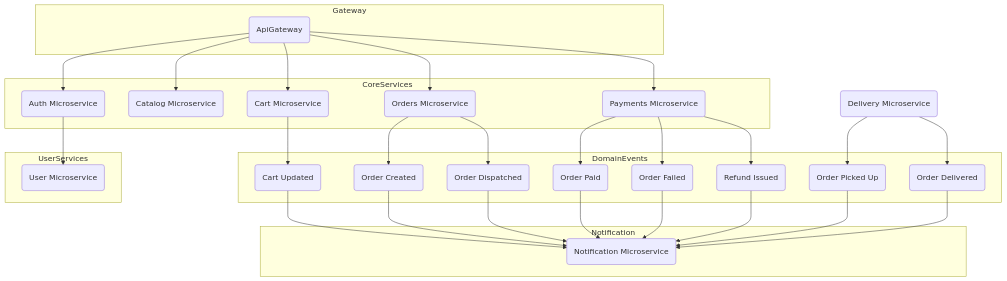
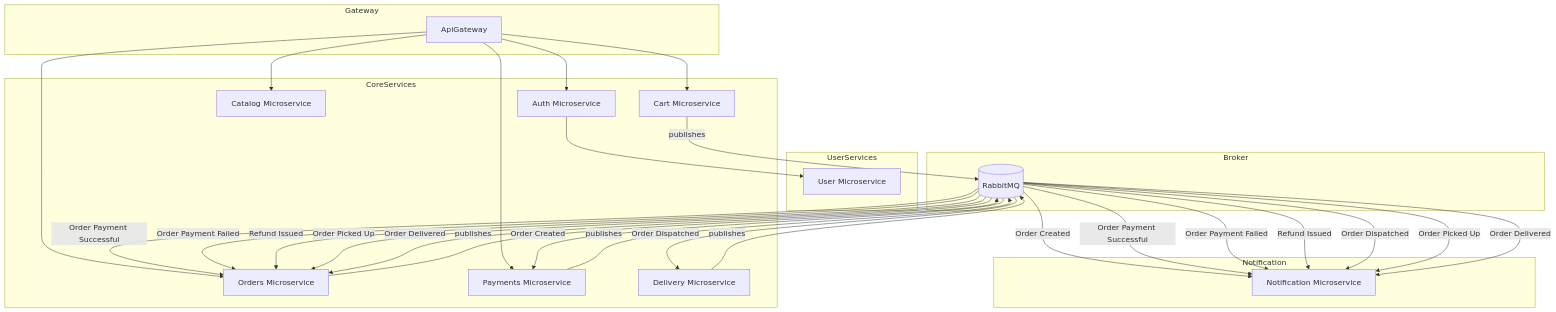
One commit to NVolnukhin/OrderAccountingSystem changed the diagram in README.md. Above: the diagram before and after it, drawn with Mermaid.

Commit message:
update READNE

````diff
--- a/README.md
+++ b/README.md
@@ -28,70 +28,68 @@
 ```mermaid
 graph TD
 
-    %% ───── Gateway ─────
-    subgraph Gateway
-        AG(ApiGateway)
-    end
+%% ───── Gateway ─────
+   subgraph Gateway
+      AG[ApiGateway]
+   end
 
-    %% ───── Core Services ─────
-    subgraph CoreServices
-        AU(Auth Microservice)
-        CA(Catalog Microservice)
-        CR(Cart Microservice)
-        OR(Orders Microservice)
-        PA(Payments Microservice)
-    end
+%% ───── Core Services ─────
+   subgraph CoreServices
+      AU[Auth Microservice]
+      CA[Catalog Microservice]
+      CR[Cart Microservice]
+      OR[Orders Microservice]
+      PA[Payments Microservice]
+      DE[Delivery Microservice]
+   end
 
-    %% ───── Domain Events ─────
-    subgraph DomainEvents
-        CU(Cart Updated)
-        OC(Order Created)
-        OP(Order Paid)
-        OF(Order Failed)
-        RF(Refund Issued)
-        OD(Order Dispatched)
-        OK(Order Picked Up)
-        DL(Order Delivered)
-    end
+%% ───── User Services ─────
+   subgraph UserServices
+      US[User Microservice]
+   end
 
-    %% ───── User Services ─────
-    subgraph UserServices
-        US(User Microservice)
-    end
+%% ───── Notification Layer ─────
+   subgraph Notification
+      NO[Notification Microservice]
+   end
 
-    %% ───── Notification Layer ─────
-    subgraph Notification
-        NO(Notification Microservice)
-    end
+%% ───── Message Broker ─────
+   subgraph Broker
+      RMQ[(RabbitMQ)]
+   end
 
-    %% Gateway routing
-    AG --> AU
-    AG --> CA
-    AG --> CR
-    AG --> OR
-    AG --> PA
+%% Gateway routing
+   AG --> AU
+   AG --> CA
+   AG --> CR
+   AG --> OR
+   AG --> PA
 
-    %% Auth → User interaction
-    AU --> US
+%% Auth → User interaction
+   AU --> US
 
-    %% Events published by core services
-    CR --> CU
-    OR --> OC
-    PA --> OP
-    PA --> OF
-    PA --> RF
-    OR --> OD
-    DE(Delivery Microservice) --> OK
-    DE --> DL
+%% Events published by core services to RabbitMQ
+   CR -- publishes --> RMQ
+   OR -- publishes --> RMQ
+   PA -- publishes --> RMQ
+   DE -- publishes --> RMQ
 
-    %% Notification reacts to all order-related events
-    CU --> NO
-    OC --> NO
-    OP --> NO
-    OF --> NO
-    RF --> NO
-    OD --> NO
-    OK --> NO
-    DL --> NO
+%% Events consumed by services from RabbitMQ
+   RMQ -- Order Created --> PA
+   RMQ -- Order Payment Successful --> OR
+   RMQ -- Order Payment Failed --> OR
+   RMQ -- Refund Issued --> OR
+   RMQ -- Order Dispatched --> DE
+   RMQ -- Order Picked Up --> OR
+   RMQ -- Order Delivered --> OR
+
+%% Notification Microservice subscribes to all order-related events
+   RMQ -- Order Created --> NO
+   RMQ -- Order Payment Successful --> NO
+   RMQ -- Order Payment Failed --> NO
+   RMQ -- Refund Issued --> NO
+   RMQ -- Order Dispatched --> NO
+   RMQ -- Order Picked Up --> NO
+   RMQ -- Order Delivered --> NO
 
 ```
````
